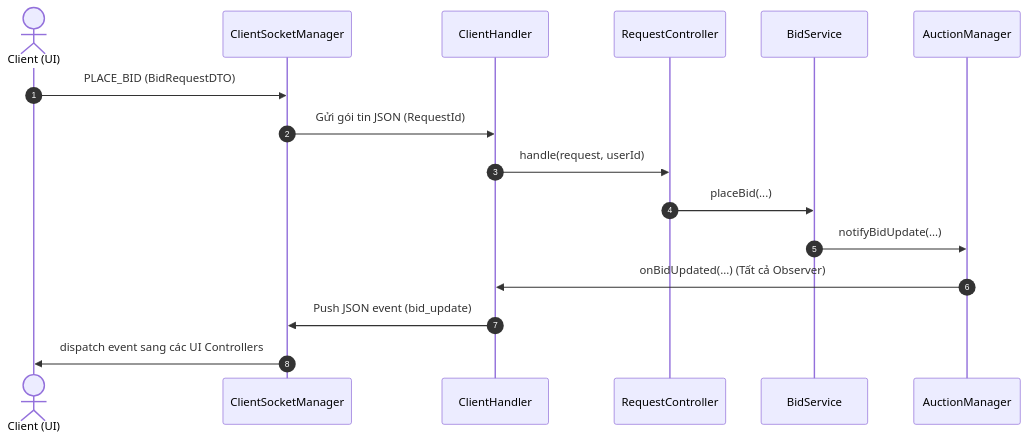
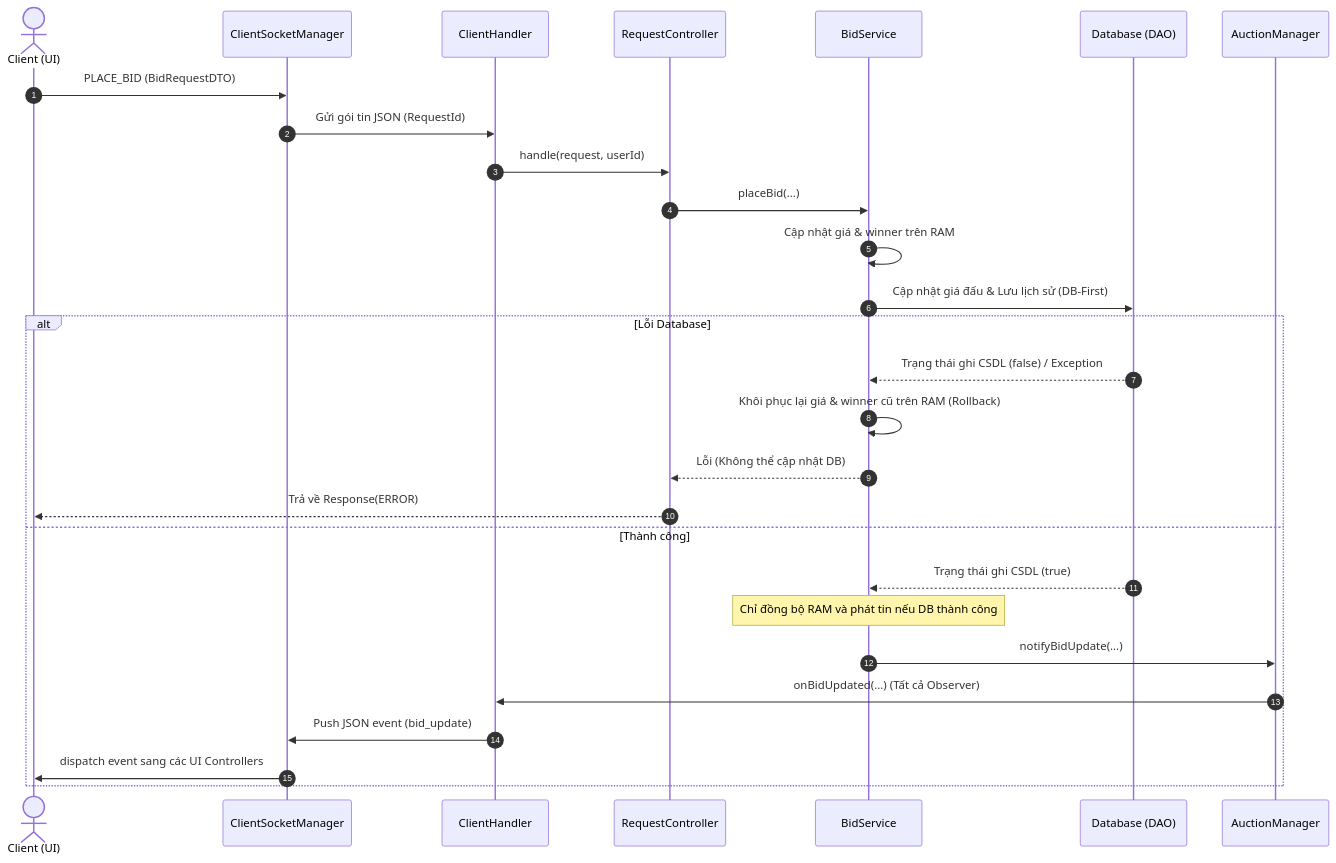
One commit to padungg/auction-system changed the sixth of 7 diagrams in UML_Auction_System.md. Above: the diagram before and after it, drawn with Mermaid. The commit also changed other lines of this file and 1 other file, not shown here.

Commit message:
Cập nhập file md

````diff
--- a/UML_Auction_System.md
+++ b/UML_Auction_System.md
@@ -660,19 +660,32 @@
 ```mermaid
 sequenceDiagram
     autonumber
     actor Client as Client (UI)
     participant CSM as ClientSocketManager
     participant CH as ClientHandler
     participant RC as RequestController
     participant BS as BidService
+    participant DB as Database (DAO)
     participant AM as AuctionManager
     
     Client->>CSM: PLACE_BID (BidRequestDTO)
     CSM->>CH: Gửi gói tin JSON (RequestId)
     CH->>RC: handle(request, userId)
     RC->>BS: placeBid(...)
-    BS->>AM: notifyBidUpdate(...)
-    AM->>CH: onBidUpdated(...) (Tất cả Observer)
-    CH->>CSM: Push JSON event (bid_update)
-    CSM->>Client: dispatch event sang các UI Controllers
+    BS->>BS: Cập nhật giá & winner trên RAM
+    BS->>DB: Cập nhật giá đấu & Lưu lịch sử (DB-First)
+    
+    alt Lỗi Database
+        DB-->>BS: Trạng thái ghi CSDL (false) / Exception
+        BS->>BS: Khôi phục lại giá & winner cũ trên RAM (Rollback)
+        BS-->>RC: Lỗi (Không thể cập nhật DB)
+        RC-->>Client: Trả về Response(ERROR)
+    else Thành công
+        DB-->>BS: Trạng thái ghi CSDL (true)
+        Note over BS: Chỉ đồng bộ RAM và phát tin nếu DB thành công
+        BS->>AM: notifyBidUpdate(...)
+        AM->>CH: onBidUpdated(...) (Tất cả Observer)
+        CH->>CSM: Push JSON event (bid_update)
+        CSM->>Client: dispatch event sang các UI Controllers
+    end
 ```
````
